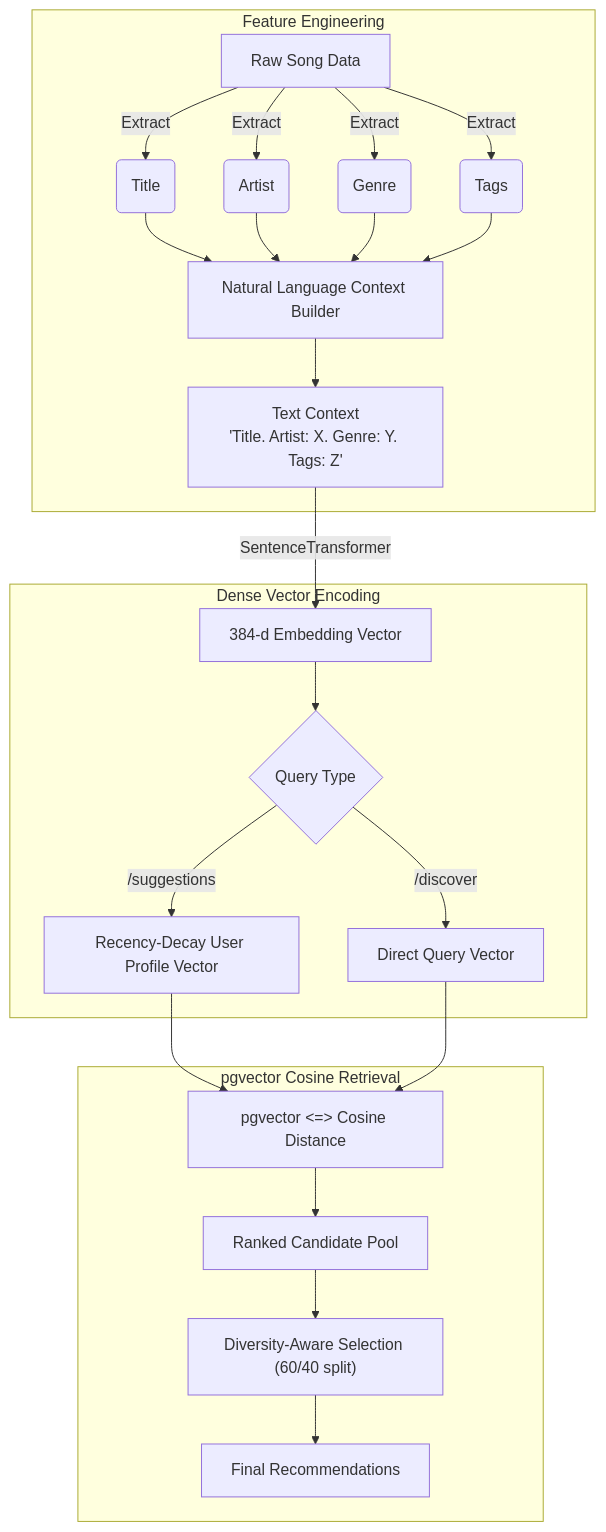
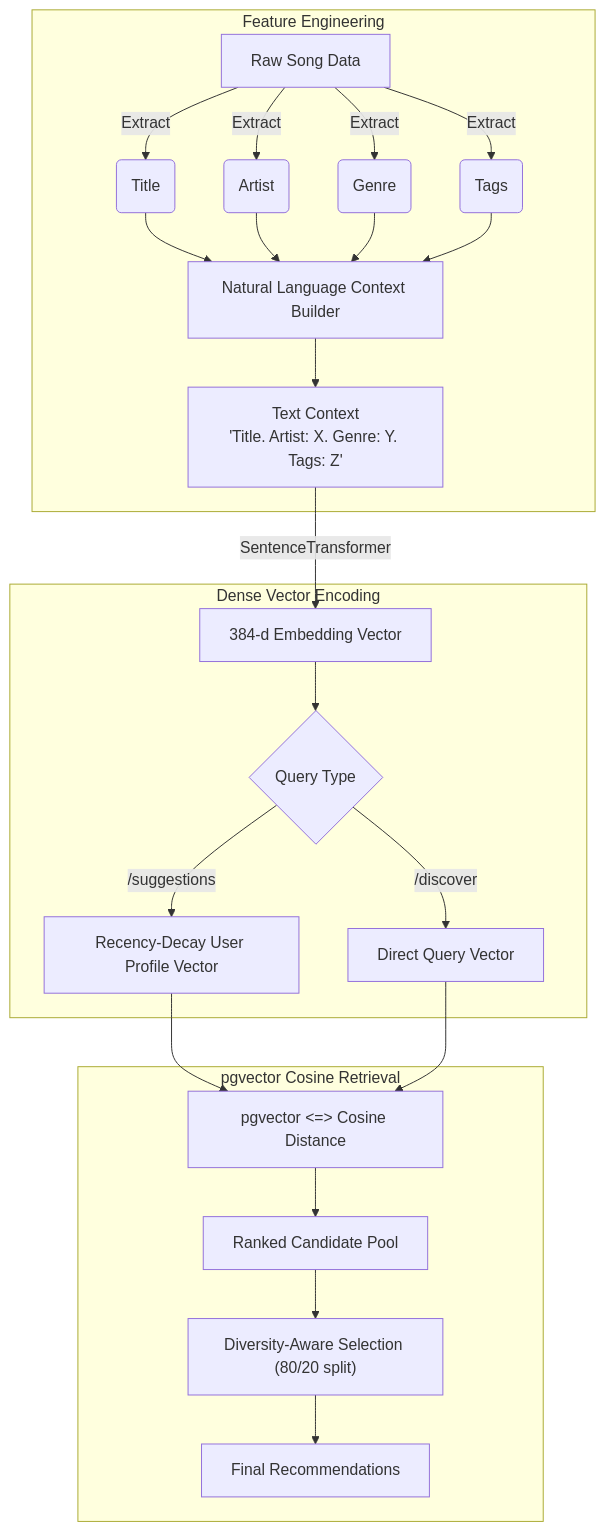
One commit to Agrannya-Singh/Tune_Trace_backend changed the first of 3 diagrams in whitepaper.md. Above: the diagram before and after it, drawn with Mermaid. The commit also changed other lines of this file and 1 other file, not shown here.

Commit message:
refactor: adjust diversity-aware selection ratio from 40% to 20% in ml_engine and whitepaper documentation

````diff
--- a/whitepaper.md
+++ b/whitepaper.md
@@ -10,31 +10,31 @@
 ```mermaid
 graph TD
     subgraph Feature_Engineering ["Feature Engineering"]
         A[Raw Song Data] -->|Extract| B(Title)
         A -->|Extract| C(Artist)
         A -->|Extract| D(Genre)
         A -->|Extract| E(Tags)
         
         B --> F["Natural Language Context Builder"]
         C --> F
         D --> F
         E --> F
         
         F --> G["Text Context<br/>'Title. Artist: X. Genre: Y. Tags: Z'"]
     end
 
     subgraph Encoding ["Dense Vector Encoding"]
         G -->|SentenceTransformer| H["384-d Embedding Vector"]
         H --> I{Query Type}
         I -->|"/suggestions"| J["Recency-Decay User Profile Vector"]
         I -->|"/discover"| K["Direct Query Vector"]
     end
 
     subgraph Retrieval ["pgvector Cosine Retrieval"]
         J --> L["pgvector <=> Cosine Distance"]
         K --> L
         L --> M["Ranked Candidate Pool"]
-        M --> N["Diversity-Aware Selection (60/40 split)"]
+        M --> N["Diversity-Aware Selection (80/20 split)"]
         N --> O["Final Recommendations"]
     end
 ```
````
